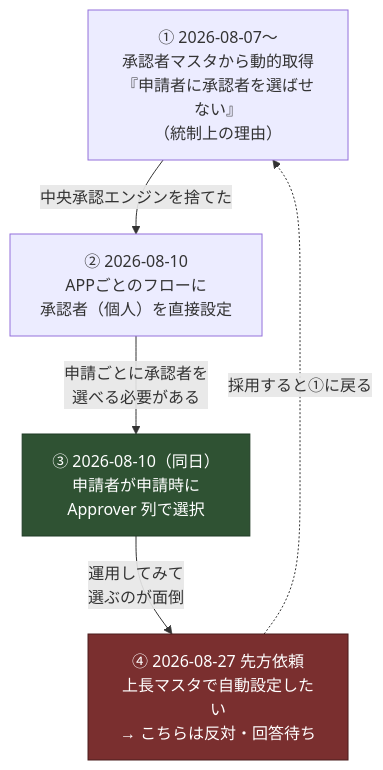
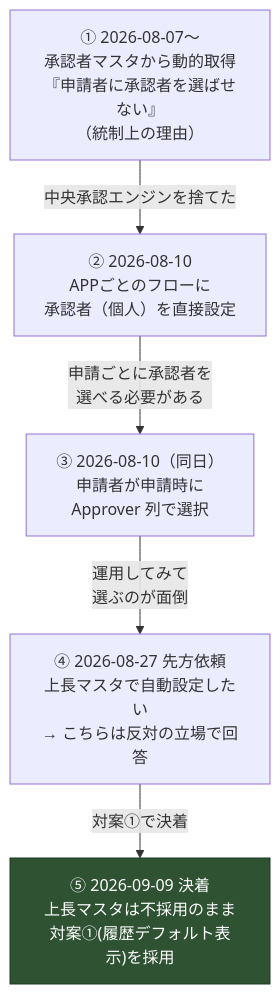
One commit to CHOISC1208/obisidian changed the diagram in ケーテック株式会社/テーマ/テーマ2 - 承認者をどう決めるか.md. Above: the diagram before and after it, drawn with Mermaid. The commit also changed other lines of this file and 6 other files, not shown here.

````diff
--- a/ケーテック株式会社/テーマ/テーマ2 - 承認者をどう決めるか.md
+++ b/ケーテック株式会社/テーマ/テーマ2 - 承認者をどう決めるか.md
@@ -21,17 +22,17 @@
 ```mermaid
 flowchart TD
     A["① 2026-08-07〜<br/>承認者マスタから動的取得<br/>『申請者に承認者を選ばせない』<br/>（統制上の理由）"]
     B["② 2026-08-10<br/>APPごとのフローに<br/>承認者（個人）を直接設定"]
     C["③ 2026-08-10（同日）<br/>申請者が申請時に<br/>Approver 列で選択"]
-    D["④ 2026-08-27 先方依頼<br/>上長マスタで自動設定したい<br/>→ こちらは反対・回答待ち"]
+    D["④ 2026-08-27 先方依頼<br/>上長マスタで自動設定したい<br/>→ こちらは反対の立場で回答"]
+    E["⑤ 2026-09-09 決着<br/>上長マスタは不採用のまま<br/>対案①(履歴デフォルト表示)を採用"]
 
     A -->|中央承認エンジンを捨てた| B
     B -->|申請ごとに承認者を<br/>選べる必要がある| C
     C -->|運用してみて<br/>選ぶのが面倒| D
-    D -.->|採用すると①に戻る| A
+    D -->|対案①で決着| E
 
     classDef cur fill:#2f5233,color:#fff,stroke:#1f3b24;
     classDef open fill:#7a2f2f,color:#fff,stroke:#4a1c1c;
-    class C cur
-    class D open
+    class E cur
 ```
````
